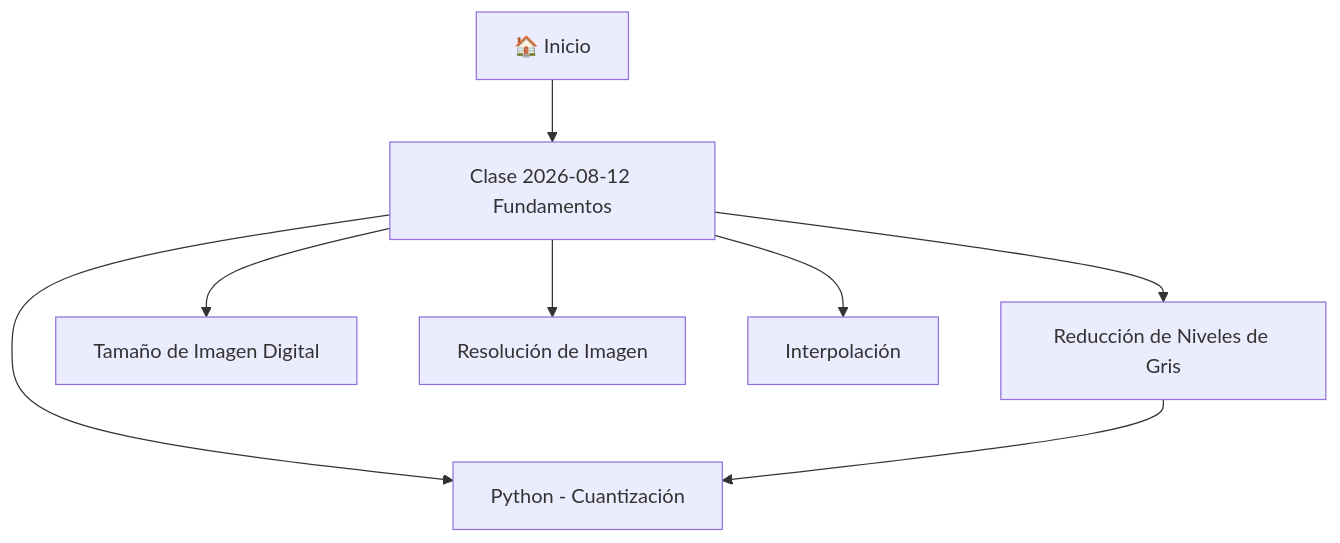
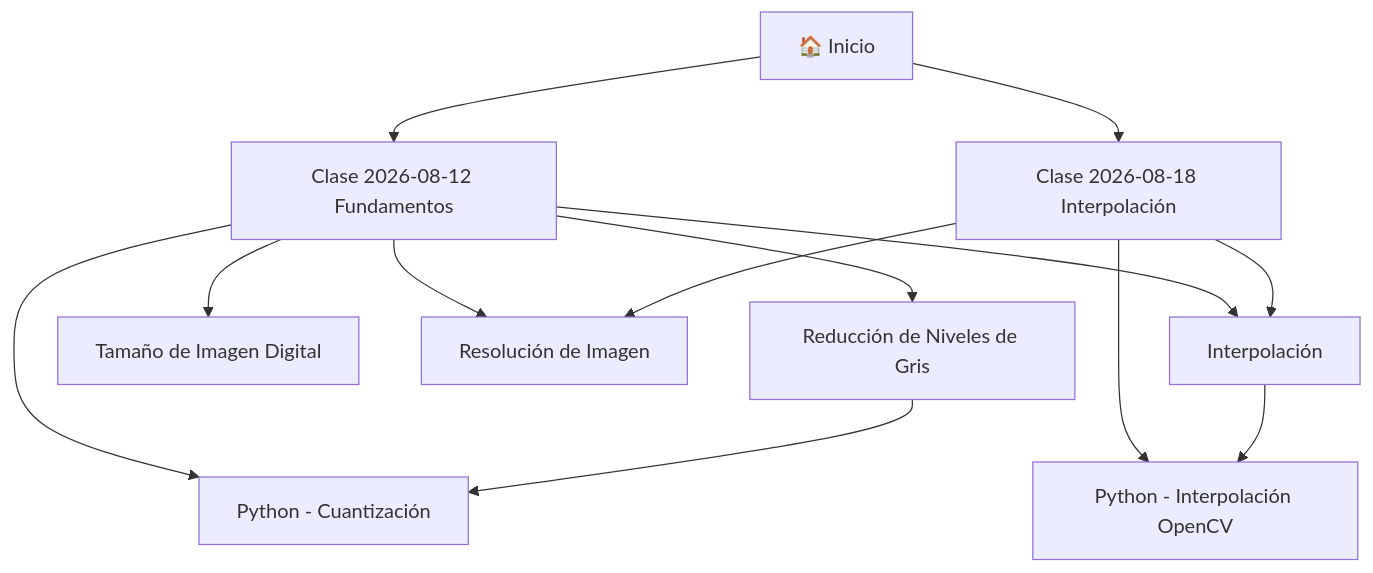
The diagram in Inicio.md (kriv-bit/Apuntes-Vision-Artificial), drawn with Mermaid before and after one commit. The commit also changed other lines of this file and 7 other files, not shown here.

````diff
--- a/Inicio.md
+++ b/Inicio.md
@@ -35,10 +37,18 @@
 ```mermaid
 graph TD
     Inicio[🏠 Inicio] --> C1[Clase 2026-08-12 Fundamentos]
+    Inicio --> C2[Clase 2026-08-18 Interpolación]
+    
     C1 --> N1[Reducción de Niveles de Gris]
     C1 --> N2[Tamaño de Imagen Digital]
     C1 --> N3[Resolución de Imagen]
     C1 --> N4[Interpolación]
     C1 --> P1[Python - Cuantización]
+    
+    C2 --> N4
+    C2 --> N3
+    C2 --> P2[Python - Interpolación OpenCV]
+    
     N1 --> P1
+    N4 --> P2
 ```
````
